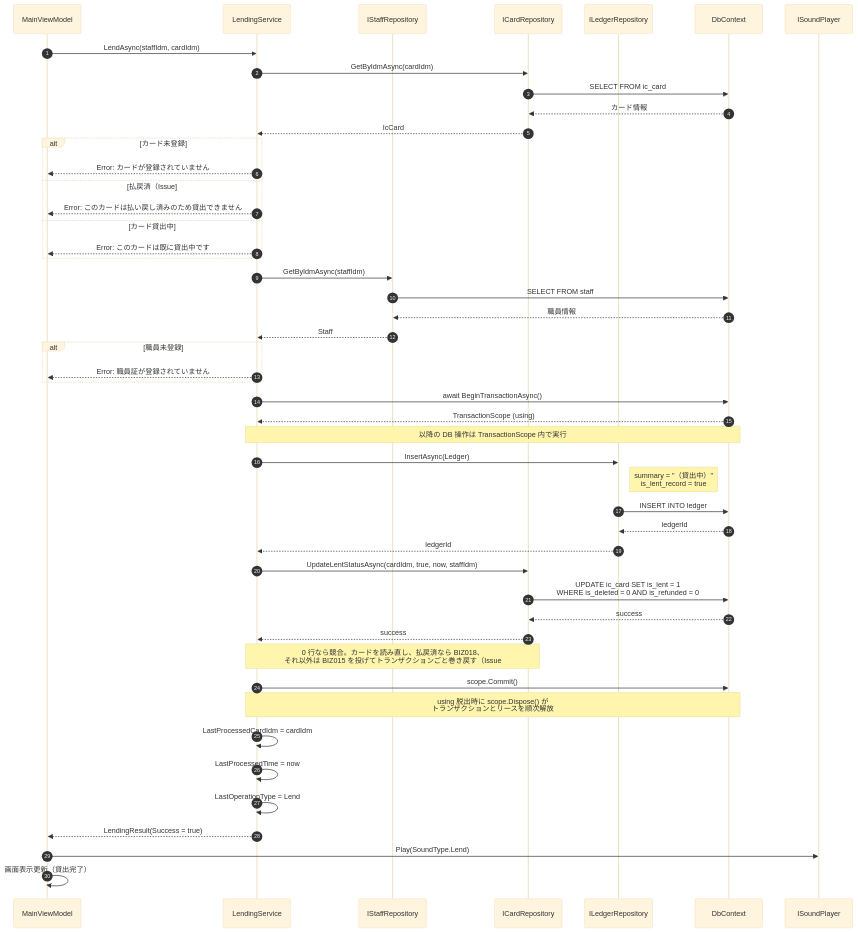
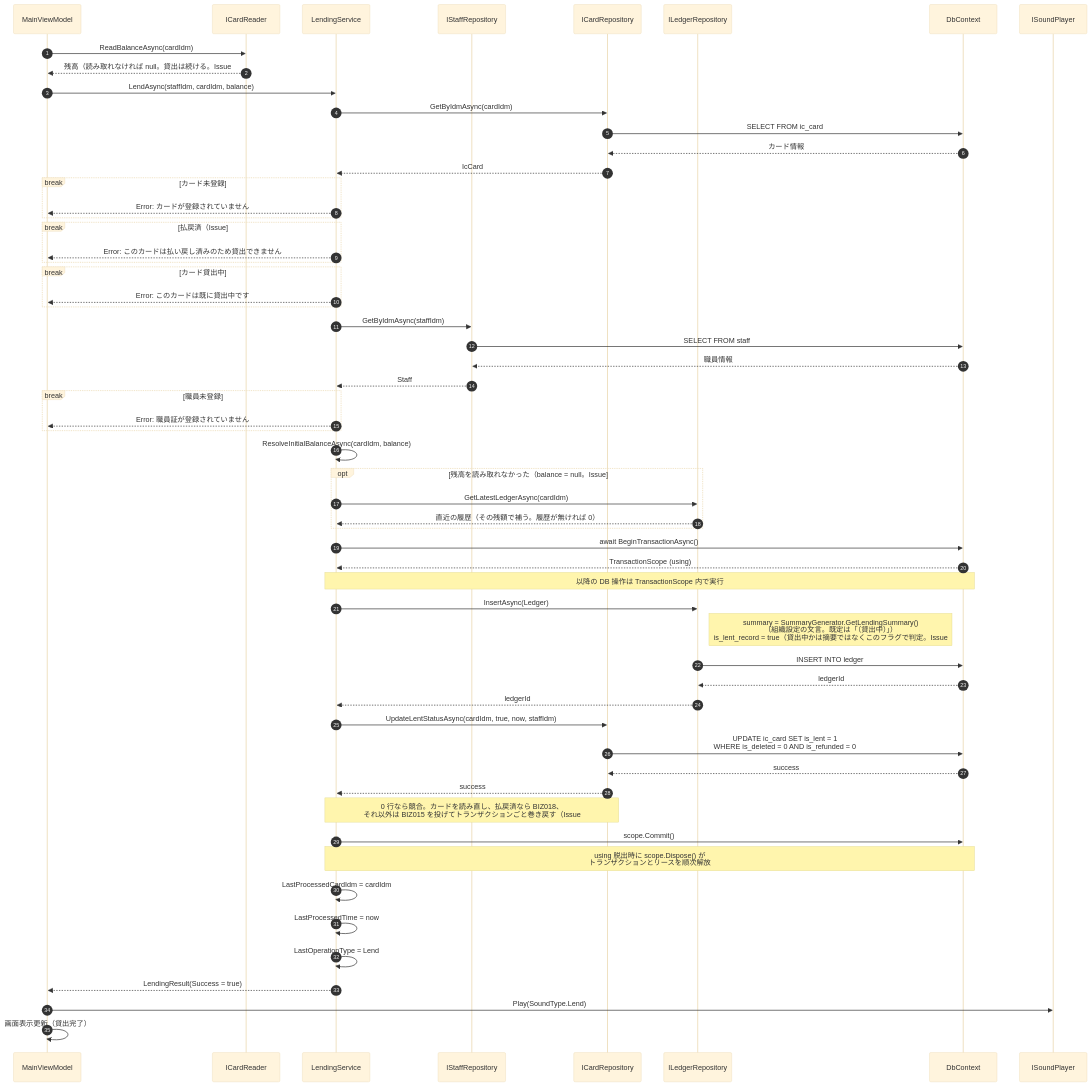
The second of 17 diagrams in ICCardManager/docs/design/06_シーケンス図.md (kuwayamamasayuki/ICCardManager), drawn with Mermaid (base theme) before and after one commit. The commit also changed other lines of this file and 3 other files, not shown here.

First line of the commit message:
docs: シーケンス図（06）の記述を現在の実装に合わせた（#2310） (#2357)

````diff
--- a/ICCardManager/docs/design/06_シーケンス図.md
+++ b/ICCardManager/docs/design/06_シーケンス図.md
@@ -97,63 +119,74 @@
 ```mermaid
 sequenceDiagram
     autonumber
     participant VM as MainViewModel
+    participant Reader as ICardReader
     participant LS as LendingService
     participant SR as IStaffRepository
     participant CR as ICardRepository
     participant LR as ILedgerRepository
     participant DB as DbContext
     participant Sound as ISoundPlayer
 
-    VM->>LS: LendAsync(staffIdm, cardIdm)
+    VM->>Reader: ReadBalanceAsync(cardIdm)
+    Reader-->>VM: 残高（読み取れなければ null。貸出は続ける。Issue #526）
+    VM->>LS: LendAsync(staffIdm, cardIdm, balance)
 
     LS->>CR: GetByIdmAsync(cardIdm)
     CR->>DB: SELECT FROM ic_card
     DB-->>CR: カード情報
     CR-->>LS: IcCard
 
-    alt カード未登録
+    break カード未登録
         LS-->>VM: Error: カードが登録されていません
-    else 払戻済（Issue #2322）
+    end
+    break 払戻済（Issue #2322）
         LS-->>VM: Error: このカードは払い戻し済みのため貸出できません
-    else カード貸出中
+    end
+    break カード貸出中
         LS-->>VM: Error: このカードは既に貸出中です
     end
 
     LS->>SR: GetByIdmAsync(staffIdm)
     SR->>DB: SELECT FROM staff
     DB-->>SR: 職員情報
     SR-->>LS: Staff
 
-    alt 職員未登録
+    break 職員未登録
         LS-->>VM: Error: 職員証が登録されていません
+    end
+
+    LS->>LS: ResolveInitialBalanceAsync(cardIdm, balance)
+    opt 残高を読み取れなかった（balance = null。Issue #656）
+        LS->>LR: GetLatestLedgerAsync(cardIdm)
+        LR-->>LS: 直近の履歴（その残額で補う。履歴が無ければ 0）
     end
 
     LS->>DB: await BeginTransactionAsync()
     DB-->>LS: TransactionScope (using)
     Note over LS,DB: 以降の DB 操作は TransactionScope 内で実行
 
     LS->>LR: InsertAsync(Ledger)
-    Note right of LR: summary = "（貸出中）"<br/>is_lent_record = true
+    Note right of LR: summary = SummaryGenerator.GetLendingSummary()<br/>（組織設定の文言。既定は「（貸出中）」）<br/>is_lent_record = true（貸出中かは摘要ではなくこのフラグで判定。Issue #2044）
     LR->>DB: INSERT INTO ledger
     DB-->>LR: ledgerId
     LR-->>LS: ledgerId
 
     LS->>CR: UpdateLentStatusAsync(cardIdm, true, now, staffIdm)
     CR->>DB: UPDATE ic_card SET is_lent = 1<br/>WHERE is_deleted = 0 AND is_refunded = 0
     DB-->>CR: success
     CR-->>LS: success
     Note over LS,CR: 0 行なら競合。カードを読み直し、払戻済なら BIZ018、<br/>それ以外は BIZ015 を投げてトランザクションごと巻き戻す（Issue #1953 / #2322）
 
     LS->>DB: scope.Commit()
     Note over LS,DB: using 脱出時に scope.Dispose() が<br/>トランザクションとリースを順次解放
 
     LS->>LS: LastProcessedCardIdm = cardIdm
     LS->>LS: LastProcessedTime = now
     LS->>LS: LastOperationType = Lend
 
     LS-->>VM: LendingResult(Success = true)
 
     VM->>Sound: Play(SoundType.Lend)
     VM->>VM: 画面表示更新（貸出完了）
 ```
````
